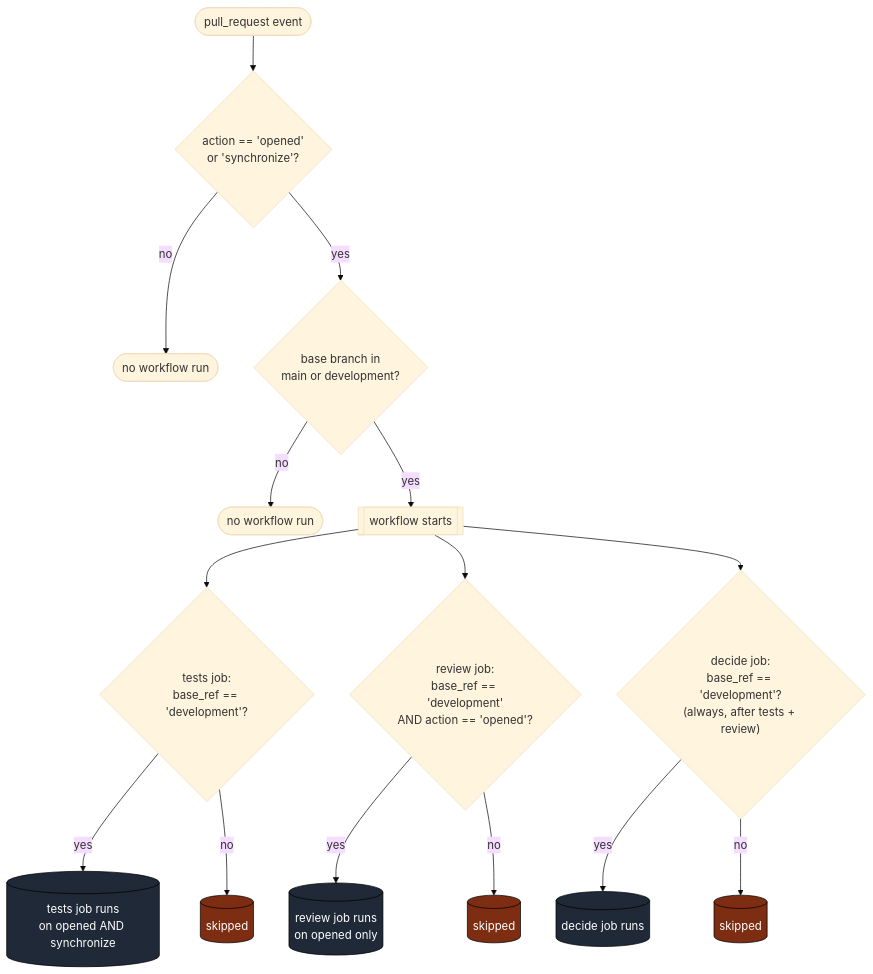
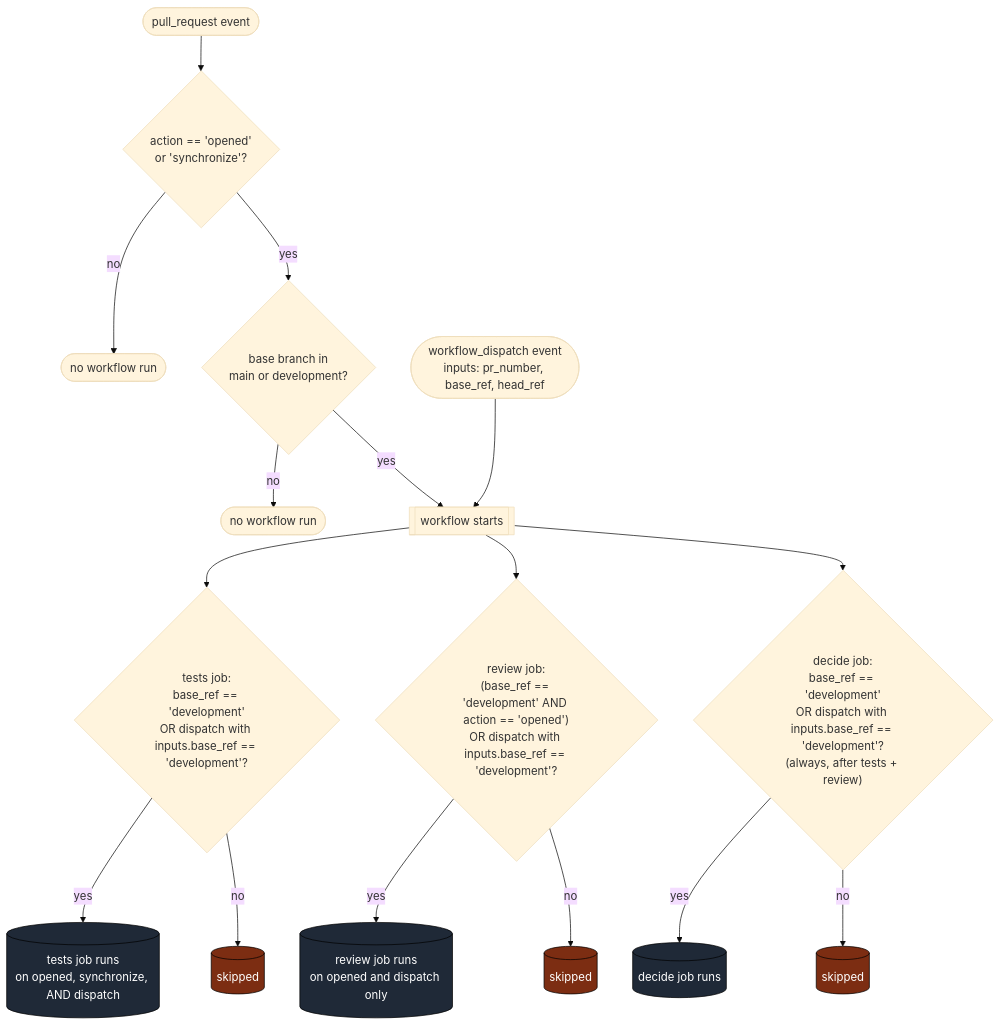
One commit to gregreindel/llm-exe changed the second of 12 diagrams in .github/docs/AGENT_REVIEW_PR_DEEP_DIVE.md. Above: the diagram before and after it, drawn with Mermaid (base theme). The commit also changed other lines of this file and 4 other files, not shown here.

First line of the commit message:
docs: sync deep dives after agent-review-pr and bot-respond changes

````diff
--- a/.github/docs/AGENT_REVIEW_PR_DEEP_DIVE.md
+++ b/.github/docs/AGENT_REVIEW_PR_DEEP_DIVE.md
@@ -118,25 +120,28 @@
 ```mermaid
 flowchart TB
     classDef trig fill:#0e7490,color:#fff,stroke:#000
     classDef gate fill:#7c2d12,color:#fff,stroke:#000
     classDef out fill:#1f2937,color:#fff,stroke:#000
 
-    start([pull_request event])
-    start --> typ{action == 'opened'\nor 'synchronize'?}
+    start_pr([pull_request event])
+    start_pr --> typ{action == 'opened'\nor 'synchronize'?}
     typ -->|no| nop1([no workflow run])
     typ -->|yes| brn{base branch in\nmain or development?}
     brn -->|no| nop2([no workflow run])
     brn -->|yes| job[[workflow starts]]
 
-    job --> tests_if{"tests job:\nbase_ref == 'development'?"}
-    tests_if -->|yes| tests_run[(tests job runs\non opened AND synchronize)]:::out
+    start_wd([workflow_dispatch event\ninputs: pr_number, base_ref, head_ref])
+    start_wd --> job
+
+    job --> tests_if{"tests job:\nbase_ref == 'development'\nOR dispatch with inputs.base_ref == 'development'?"}
+    tests_if -->|yes| tests_run[(tests job runs\non opened, synchronize, AND dispatch)]:::out
     tests_if -->|no| tests_skip[(skipped)]:::gate
 
-    job --> review_if{"review job:\nbase_ref == 'development'\nAND action == 'opened'?"}
-    review_if -->|yes| review_run[(review job runs\non opened only)]:::out
+    job --> review_if{"review job:\n(base_ref == 'development' AND action == 'opened')\nOR dispatch with inputs.base_ref == 'development'?"}
+    review_if -->|yes| review_run[(review job runs\non opened and dispatch only)]:::out
     review_if -->|no| review_skip[(skipped)]:::gate
 
-    job --> decide_if{"decide job:\nbase_ref == 'development'?\n(always, after tests + review)"}
+    job --> decide_if{"decide job:\nbase_ref == 'development'\nOR dispatch with inputs.base_ref == 'development'?\n(always, after tests + review)"}
     decide_if -->|yes| decide_run[(decide job runs)]:::out
     decide_if -->|no| decide_skip[(skipped)]:::gate
 ```
````
